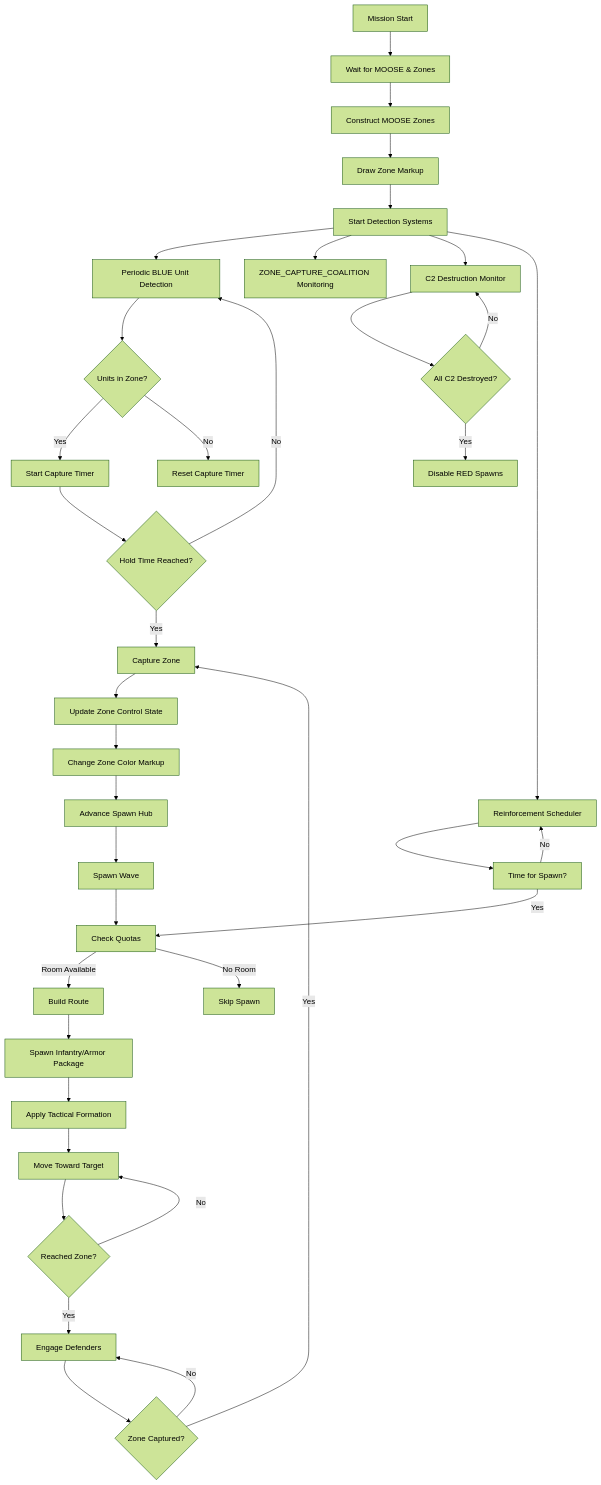
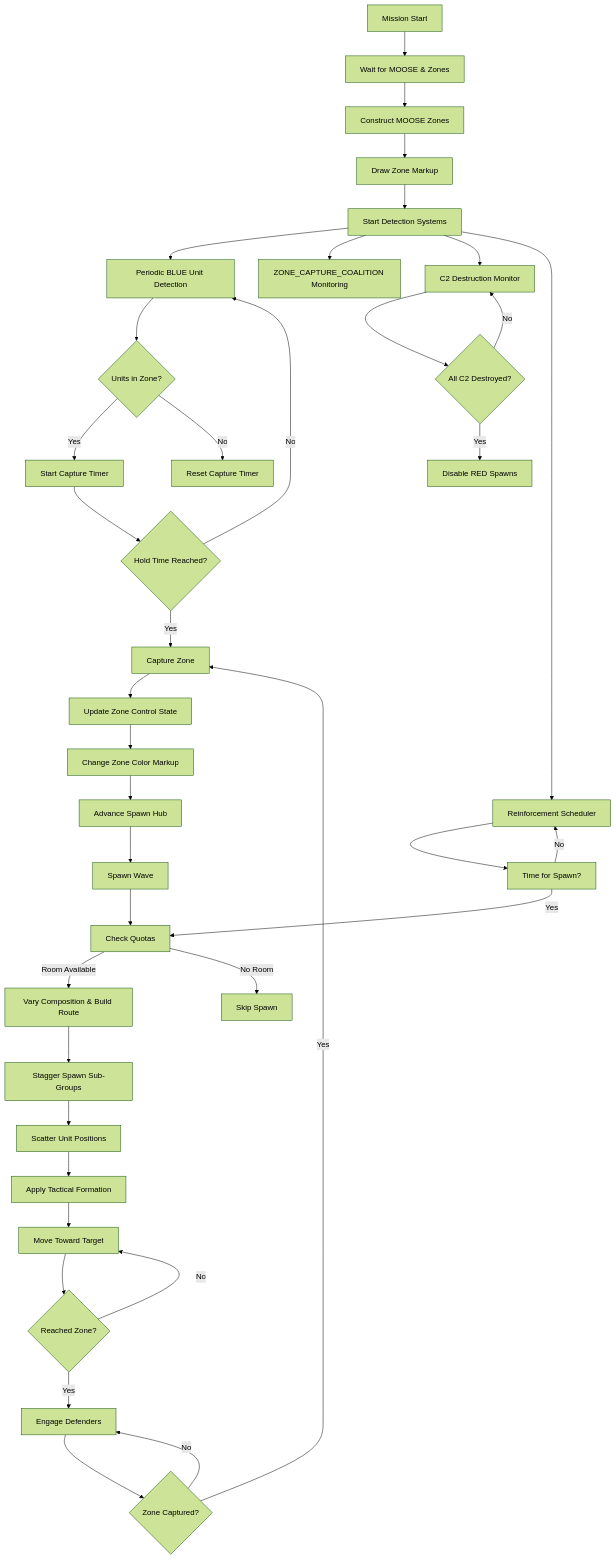
The diagram in README.md (jfahler/bullets_combined_ground_ops), drawn with Mermaid (forest theme) before and after one commit. The commit also changed other lines of this file and 2 other files, not shown here.

Commit message:
Changed some behaviors with spawning and unit types

````diff
--- a/README.md
+++ b/README.md
@@ -202,39 +264,40 @@
 ```mermaid
 flowchart TD
     A[Mission Start] --> B[Wait for MOOSE & Zones]
     B --> C[Construct MOOSE Zones]
     C --> D[Draw Zone Markup]
     D --> E[Start Detection Systems]
     E --> F[Periodic BLUE Unit Detection]
     E --> G[ZONE_CAPTURE_COALITION Monitoring]
     E --> H[C2 Destruction Monitor]
     E --> I[Reinforcement Scheduler]
     F --> J{Units in Zone?}
     J -->|Yes| K[Start Capture Timer]
     J -->|No| L[Reset Capture Timer]
     K --> M{Hold Time Reached?}
     M -->|Yes| N[Capture Zone]
     M -->|No| F
     N --> O[Update Zone Control State]
     O --> P[Change Zone Color Markup]
     P --> Q[Advance Spawn Hub]
     Q --> R[Spawn Wave]
     R --> S[Check Quotas]
-    S -->|Room Available| T[Build Route]
+    S -->|Room Available| T[Vary Composition & Build Route]
     S -->|No Room| U[Skip Spawn]
-    T --> V[Spawn Infantry/Armor Package]
-    V --> W[Apply Tactical Formation]
+    T --> V[Stagger Spawn Sub-Groups]
+    V --> V2[Scatter Unit Positions]
+    V2 --> W[Apply Tactical Formation]
     W --> X[Move Toward Target]
     X --> Y{Reached Zone?}
     Y -->|Yes| Z[Engage Defenders]
     Y -->|No| X
     Z --> AA{Zone Captured?}
     AA -->|Yes| N
     AA -->|No| Z
     H --> BB{All C2 Destroyed?}
     BB -->|Yes| CC[Disable RED Spawns]
     BB -->|No| H
     I --> DD[Time for Spawn?]
     DD -->|Yes| S
     DD -->|No| I
 ```
````
